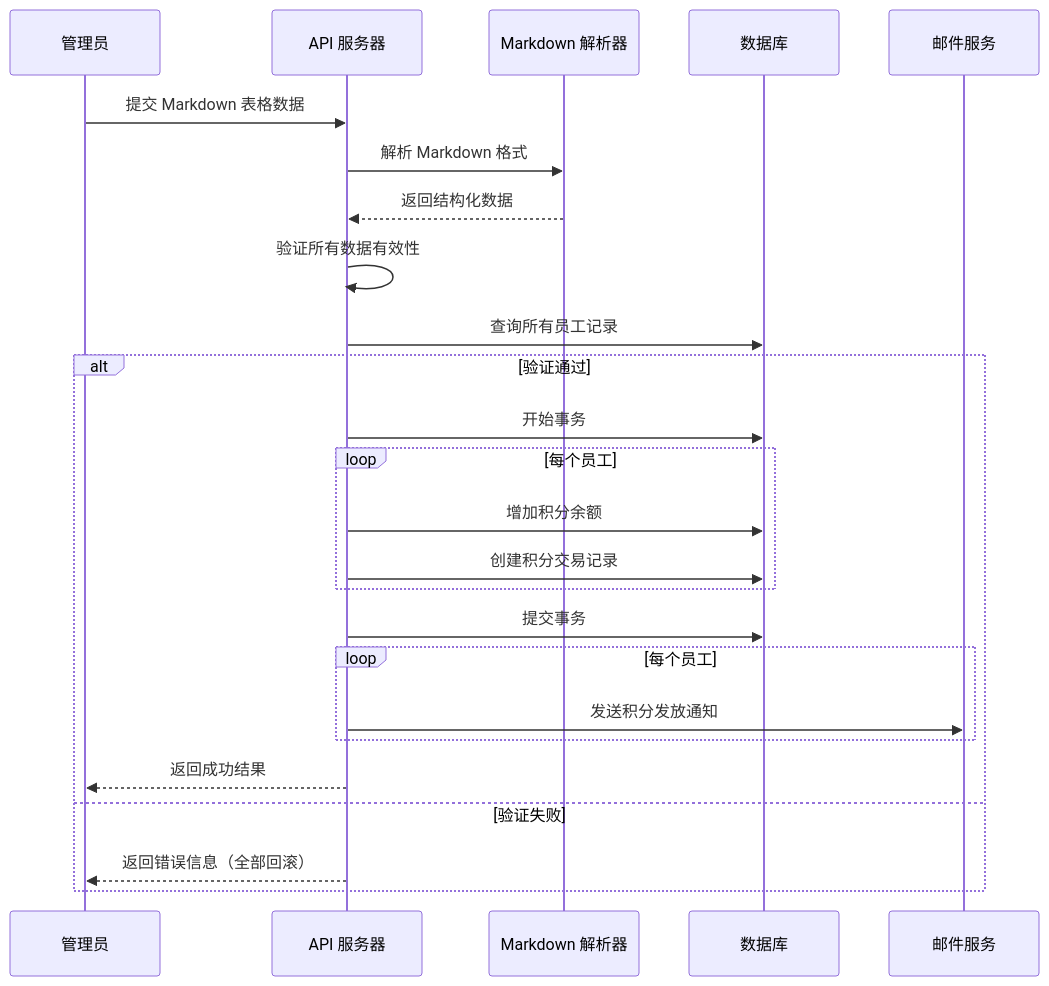
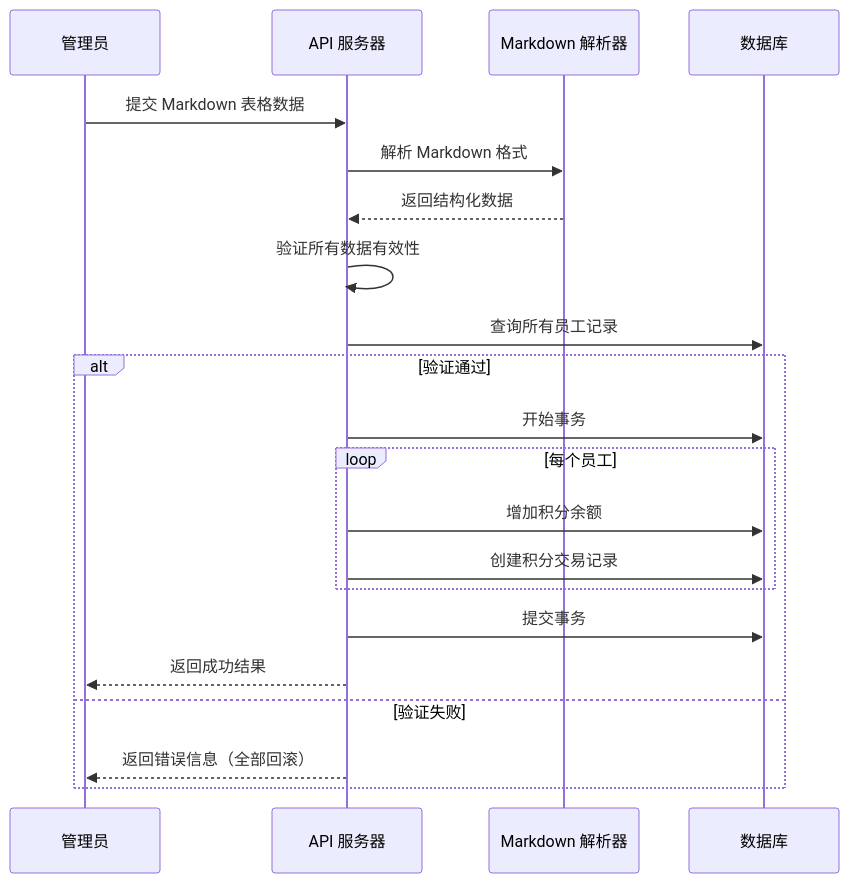
Before and after one commit to Holiver/ai-dlc-8: the eighth of 9 diagrams in .kiro/specs/awsome-shop/design.md, drawn with Mermaid. The commit also changed other lines of this file and 7 other files, not shown here.

````diff
--- a/.kiro/specs/awsome-shop/design.md
+++ b/.kiro/specs/awsome-shop/design.md
@@ -642,28 +607,24 @@
 ```mermaid
 sequenceDiagram
     participant Admin as 管理员
     participant API as API 服务器
     participant Parser as Markdown 解析器
     participant DB as 数据库
-    participant Email as 邮件服务
     
     Admin->>API: 提交 Markdown 表格数据
     API->>Parser: 解析 Markdown 格式
     Parser-->>API: 返回结构化数据
     API->>API: 验证所有数据有效性
     API->>DB: 查询所有员工记录
     alt 验证通过
         API->>DB: 开始事务
         loop 每个员工
             API->>DB: 增加积分余额
             API->>DB: 创建积分交易记录
         end
         API->>DB: 提交事务
-        loop 每个员工
-            API->>Email: 发送积分发放通知
-        end
         API-->>Admin: 返回成功结果
     else 验证失败
         API-->>Admin: 返回错误信息（全部回滚）
     end
 ```
````
